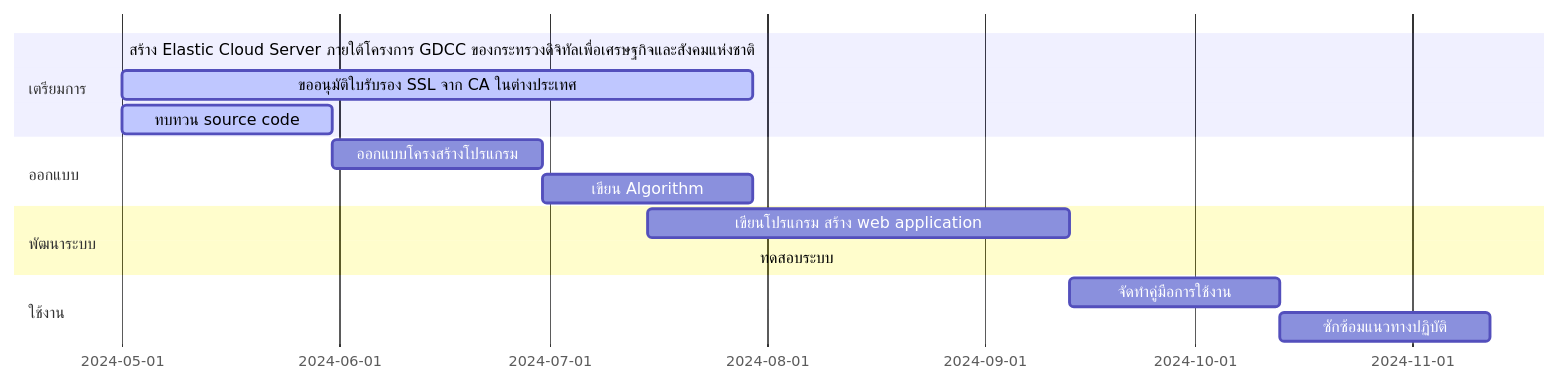
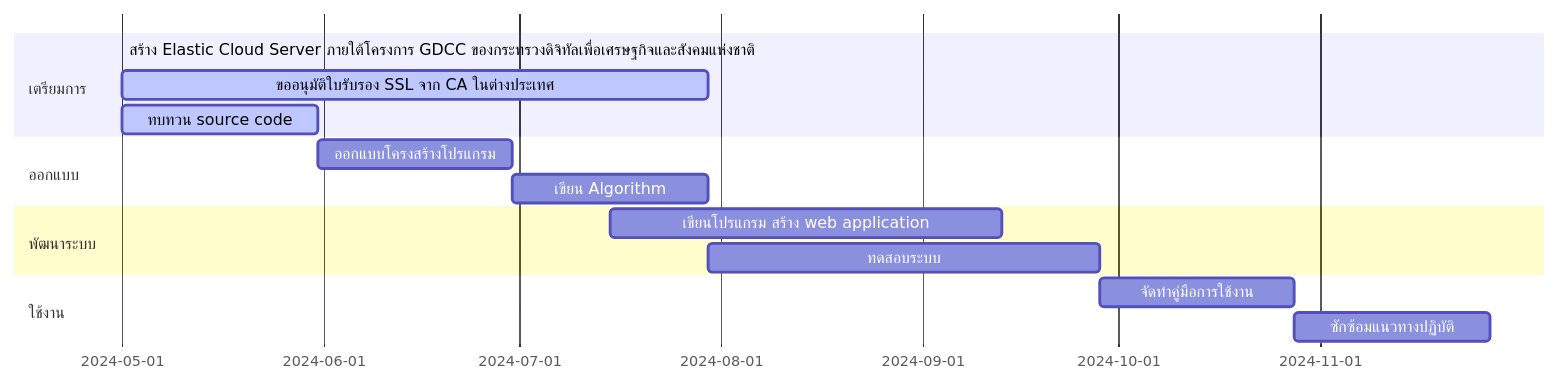
Before and after one commit to Kietpawpan/e-tracking: the first of 2 diagrams in README.md, drawn with Mermaid.

````diff
--- a/README.md
+++ b/README.md
@@ -10,18 +10,18 @@
 ```mermaid
 gantt
     section เตรียมการ
     สร้าง Elastic Cloud Server ภายใต้โครงการ GDCC ของกระทรวงดิจิทัลเพื่อเศรษฐกิจและสังคมแห่งชาติ :done,    des1, 2024-05-01,2024-05-30
     ขออนุมัติใบรับรอง SSL จาก CA ในต่างประเทศ        :active, des2, after des1, 90d
     ทบทวน source code  :   active, des3, after des1, 30d
     section ออกแบบ
     ออกแบบโครงสร้างโปรแกรม  :         des4, after des3, 30d
     เขียน Algorithm:   des4a, after des4, 30d
     section พัฒนาระบบ
     เขียนโปรแกรม สร้าง web application  :         des7, 2024-07-15, 60d
-    ทดสอบระบบ:des7a, 2024-07-30, 2024-09-01
+    ทดสอบระบบ:des7a, 2024-07-30, 60d
    section ใช้งาน
-    จัดทำคู่มือการใช้งาน   :         des8, after des7, 30d
+    จัดทำคู่มือการใช้งาน   :         des8, after des7a, 30d
     ซักซ้อมแนวทางปฏิบัติ   :         des9, after des8, 30d
 
 
 ```
````
